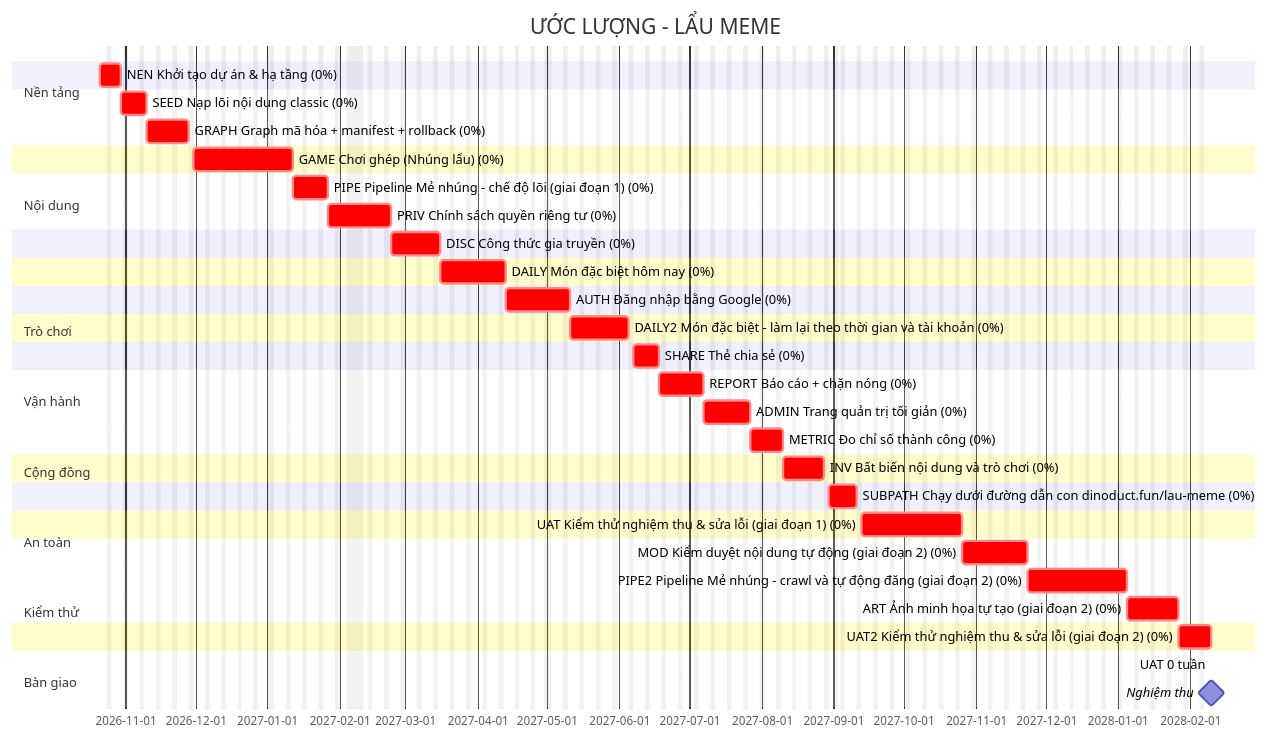
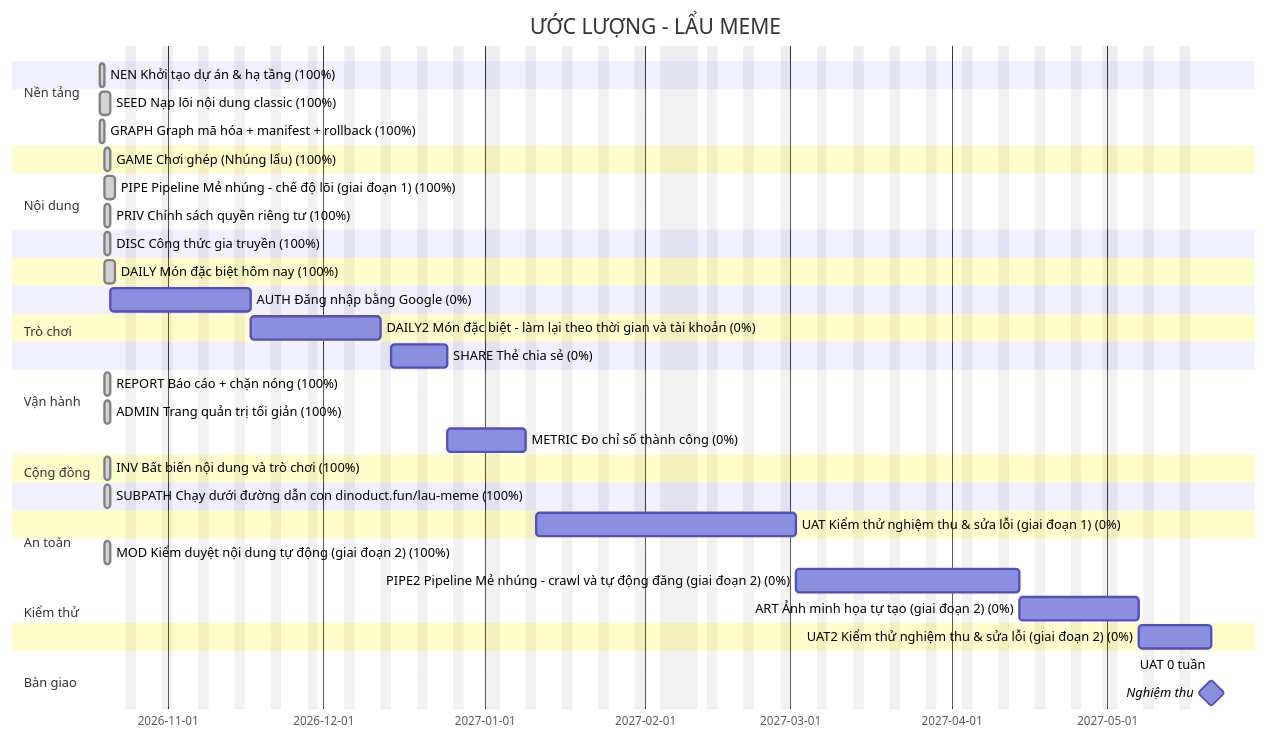
One commit to thucnq/lau-meme changed the diagram in docs/plan/gantt.md. Above: the diagram before and after it, drawn with Mermaid. The commit also changed other lines of this file and 3 other files, not shown here.

First line of the commit message:
plan: đánh dấu xong 13 hạng mục (NEN, SEED, GRAPH, GAME, PIPE, DAILY, ADMIN, DISC, INV, MOD, PRIV, REPORT, SUBPATH); tiến độ 56%, dự báo nghiệm thu 2027-05-21

````diff
--- a/docs/plan/gantt.md
+++ b/docs/plan/gantt.md
@@ -5,48 +5,48 @@
 ```mermaid
 gantt
     title ƯỚC LƯỢNG - LẨU MEME
     dateFormat YYYY-MM-DD
-    excludes weekends, 2027-01-01, 2027-02-04, 2027-02-05, 2027-02-06, 2027-02-07, 2027-02-08, 2027-02-09, 2027-02-10, 2027-04-30, 2027-05-01, 2027-09-02, 2028-01-01
+    excludes weekends, 2027-01-01, 2027-02-04, 2027-02-05, 2027-02-06, 2027-02-07, 2027-02-08, 2027-02-09, 2027-02-10, 2027-04-30, 2027-05-01
     todayMarker stroke-width:2px,stroke:#d33
     section Nền tảng
-    NEN Khởi tạo dự án & hạ tầng (0%) :crit, NEN, 2026-10-21, 7d
+    NEN Khởi tạo dự án & hạ tầng (100%) :done, NEN, 2026-10-19, 1d
     section Nội dung
-    SEED Nạp lõi nội dung classic (0%) :crit, SEED, 2026-10-30, 7d
-    GRAPH Graph mã hóa + manifest + rollback (0%) :crit, GRAPH, 2026-11-10, 14d
+    SEED Nạp lõi nội dung classic (100%) :done, SEED, 2026-10-19, 2d
+    GRAPH Graph mã hóa + manifest + rollback (100%) :done, GRAPH, 2026-10-19, 1d
     section Trò chơi
-    GAME Chơi ghép (Nhúng lẩu) (0%) :crit, GAME, 2026-11-30, 30d
+    GAME Chơi ghép (Nhúng lẩu) (100%) :done, GAME, 2026-10-20, 1d
     section Nội dung
-    PIPE Pipeline Mẻ nhúng - chế độ lõi (giai đoạn 1) (0%) :crit, PIPE, 2027-01-12, 11d
+    PIPE Pipeline Mẻ nhúng - chế độ lõi (giai đoạn 1) (100%) :done, PIPE, 2026-10-20, 2d
     section Vận hành
-    PRIV Chính sách quyền riêng tư (0%) :crit, PRIV, 2027-01-27, 14d
+    PRIV Chính sách quyền riêng tư (100%) :done, PRIV, 2026-10-20, 1d
     section Cộng đồng
-    DISC Công thức gia truyền (0%) :crit, DISC, 2027-02-23, 15d
+    DISC Công thức gia truyền (100%) :done, DISC, 2026-10-20, 1d
     section Trò chơi
-    DAILY Món đặc biệt hôm nay (0%) :crit, DAILY, 2027-03-16, 20d
+    DAILY Món đặc biệt hôm nay (100%) :done, DAILY, 2026-10-20, 2d
     section Cộng đồng
-    AUTH Đăng nhập bằng Google (0%) :crit, AUTH, 2027-04-13, 19d
+    AUTH Đăng nhập bằng Google (0%) :AUTH, 2026-10-21, 19d
     section Trò chơi
-    DAILY2 Món đặc biệt - làm lại theo thời gian và tài khoản (0%) :crit, DAILY2, 2027-05-11, 19d
+    DAILY2 Món đặc biệt - làm lại theo thời gian và tài khoản (0%) :DAILY2, 2026-11-17, 19d
     section Cộng đồng
-    SHARE Thẻ chia sẻ (0%) :crit, SHARE, 2027-06-07, 9d
+    SHARE Thẻ chia sẻ (0%) :SHARE, 2026-12-14, 9d
     section An toàn
-    REPORT Báo cáo + chặn nóng (0%) :crit, REPORT, 2027-06-18, 13d
-    ADMIN Trang quản trị tối giản (0%) :crit, ADMIN, 2027-07-07, 14d
+    REPORT Báo cáo + chặn nóng (100%) :done, REPORT, 2026-10-20, 1d
+    ADMIN Trang quản trị tối giản (100%) :done, ADMIN, 2026-10-20, 1d
     section Vận hành
-    METRIC Đo chỉ số thành công (0%) :crit, METRIC, 2027-07-27, 10d
+    METRIC Đo chỉ số thành công (0%) :METRIC, 2026-12-25, 10d
     section Kiểm thử
-    INV Bất biến nội dung và trò chơi (0%) :crit, INV, 2027-08-10, 14d
+    INV Bất biến nội dung và trò chơi (100%) :done, INV, 2026-10-20, 1d
     section Nền tảng
-    SUBPATH Chạy dưới đường dẫn con dinoduct.fun/lau-meme (0%) :crit, SUBPATH, 2027-08-30, 9d
+    SUBPATH Chạy dưới đường dẫn con dinoduct.fun/lau-meme (100%) :done, SUBPATH, 2026-10-20, 1d
     section Kiểm thử
-    UAT Kiểm thử nghiệm thu & sửa lỗi (giai đoạn 1) (0%) :crit, UAT, 2027-09-13, 31d
+    UAT Kiểm thử nghiệm thu & sửa lỗi (giai đoạn 1) (0%) :UAT, 2027-01-11, 31d
     section Nội dung
-    MOD Kiểm duyệt nội dung tự động (giai đoạn 2) (0%) :crit, MOD, 2027-10-26, 20d
-    PIPE2 Pipeline Mẻ nhúng - crawl và tự động đăng (giai đoạn 2) (0%) :crit, PIPE2, 2027-11-23, 31d
-    ART Ảnh minh họa tự tạo (giai đoạn 2) (0%) :crit, ART, 2028-01-05, 16d
+    MOD Kiểm duyệt nội dung tự động (giai đoạn 2) (100%) :done, MOD, 2026-10-20, 1d
+    PIPE2 Pipeline Mẻ nhúng - crawl và tự động đăng (giai đoạn 2) (0%) :PIPE2, 2027-03-02, 31d
+    ART Ảnh minh họa tự tạo (giai đoạn 2) (0%) :ART, 2027-04-14, 16d
     section Kiểm thử
-    UAT2 Kiểm thử nghiệm thu & sửa lỗi (giai đoạn 2) (0%) :crit, UAT2, 2028-01-27, 10d
+    UAT2 Kiểm thử nghiệm thu & sửa lỗi (giai đoạn 2) (0%) :UAT2, 2027-05-07, 10d
     section Bàn giao
-    UAT 0 tuần :uat, 2028-02-10, 0d
-    Nghiệm thu :milestone, 2028-02-10, 0d
+    UAT 0 tuần :uat, 2027-05-21, 0d
+    Nghiệm thu :milestone, 2027-05-21, 0d
 ```
````
